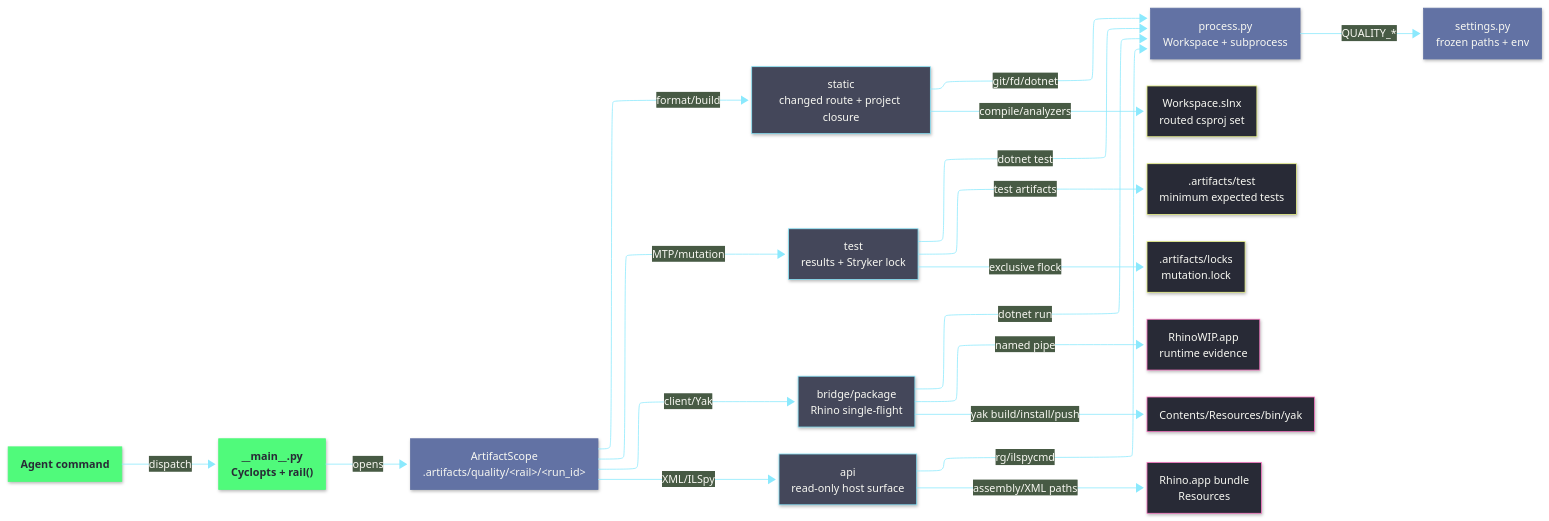
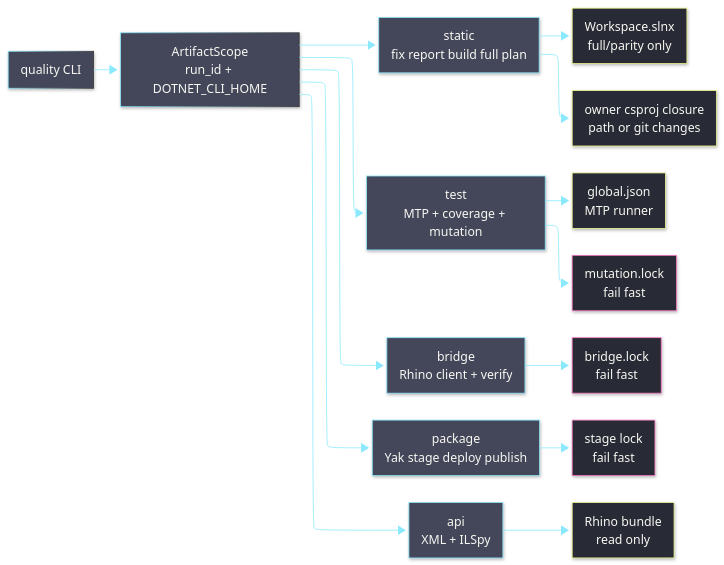
Before and after one commit to bsamiee/Rasm: the diagram in tools/quality/README.md, drawn with Mermaid. The commit also changed other lines of this file and 50 other files, not shown here.

````diff
--- a/tools/quality/README.md
+++ b/tools/quality/README.md
@@ -22,48 +20,42 @@
 ```mermaid
 ---
 config:
   layout: elk
   look: neo
   theme: base
   themeVariables:
     background: "#282a36"
     fontFamily: "JetBrains Mono, monospace"
-    fontSize: "14px"
     primaryColor: "#44475a"
     primaryTextColor: "#f8f8f2"
     primaryBorderColor: "#8be9fd"
     lineColor: "#8be9fd"
     clusterBkg: "#21222c"
     clusterBorder: "#6272a4"
 ---
 flowchart LR
-  accTitle: Quality operator rail map
-  accDescr: Agent command enters Cyclopts, opens a per-rail artifact scope, then routes to one independent quality rail. Static owns C# cleanup and compile proof. Test owns MTP and explicit mutation. Bridge and package own live Rhino and Yak. API reads host bundle metadata only.
+  accTitle: Quality operator routing
+  accDescr: Static fixes and builds CSharp projects. Test runs MTP and explicit mutation. Bridge owns live Rhino. Package owns Yak staging. API reads host metadata.
 
-  agent["Agent command"]:::entry -->|dispatch| cli["__main__.py<br/>Cyclopts + rail()"]:::entry
-  cli -->|opens| scope["ArtifactScope<br/>.artifacts/quality/&lt;rail&gt;/&lt;run_id&gt;"]:::shared
+  cli["quality CLI"] --> scope["ArtifactScope<br/>run_id + DOTNET_CLI_HOME"]
+  scope --> static["static<br/>fix report build full plan"]
+  scope --> test["test<br/>MTP + coverage + mutation"]
+  scope --> bridge["bridge<br/>Rhino client + verify"]
+  scope --> package["package<br/>Yak stage deploy publish"]
+  scope --> api["api<br/>XML + ILSpy"]
 
-  scope -->|format/build| static_rail["static<br/>changed route + project closure"]:::rail
-  scope -->|MTP/mutation| test_rail["test<br/>results + Stryker lock"]:::rail
-  scope -->|client/Yak| bridge_rail["bridge/package<br/>Rhino single-flight"]:::rail
-  scope -->|XML/ILSpy| api_rail["api<br/>read-only host surface"]:::rail
+  static --> slnx["Workspace.slnx<br/>full/parity only"]
+  static --> csproj["owner csproj closure<br/>path or git changes"]
+  test --> mtp["global.json<br/>MTP runner"]
+  test --> mutation["mutation.lock<br/>fail fast"]
+  bridge --> rhino["bridge.lock<br/>fail fast"]
+  package --> yak["stage lock<br/>fail fast"]
+  api --> bundle["Rhino bundle<br/>read only"]
 
-  static_rail -->|git/fd/dotnet| process_node["process.py<br/>Workspace + subprocess"]:::shared
-  test_rail -->|dotnet test| process_node
-  bridge_rail -->|dotnet run| process_node
-  api_rail -->|rg/ilspycmd| process_node
-  process_node -->|QUALITY_*| settings_node["settings.py<br/>frozen paths + env"]:::shared
-
-  static_rail -->|compile/analyzers| sln_node["Workspace.slnx<br/>routed csproj set"]:::evidence
-  test_rail -->|test artifacts| mtp_node[".artifacts/test<br/>minimum expected tests"]:::evidence
-  test_rail -->|exclusive flock| mutation_node[".artifacts/locks<br/>mutation.lock"]:::evidence
-  bridge_rail -->|named pipe| rhino_node["RhinoWIP.app<br/>runtime evidence"]:::host
-  bridge_rail -->|yak build/install/push| yak_node["Contents/Resources/bin/yak"]:::host
-  api_rail -->|assembly/XML paths| bundle_node["Rhino.app bundle<br/>Resources"]:::host
-
-  classDef entry fill:#50fa7b,stroke:#50fa7b,color:#282a36,font-weight:bold
-  classDef shared fill:#6272a4,stroke:#6272a4,color:#f8f8f2
   classDef rail fill:#44475a,stroke:#8be9fd,color:#f8f8f2
-  classDef evidence fill:#282a36,stroke:#f1fa8c,color:#f8f8f2
-  classDef host fill:#282a36,stroke:#ff79c6,color:#f8f8f2
+  classDef proof fill:#282a36,stroke:#f1fa8c,color:#f8f8f2
+  classDef exclusive fill:#282a36,stroke:#ff79c6,color:#f8f8f2
+  class static,test,bridge,package,api rail
+  class slnx,csproj,mtp,bundle proof
+  class mutation,rhino,yak exclusive
 ```
````
